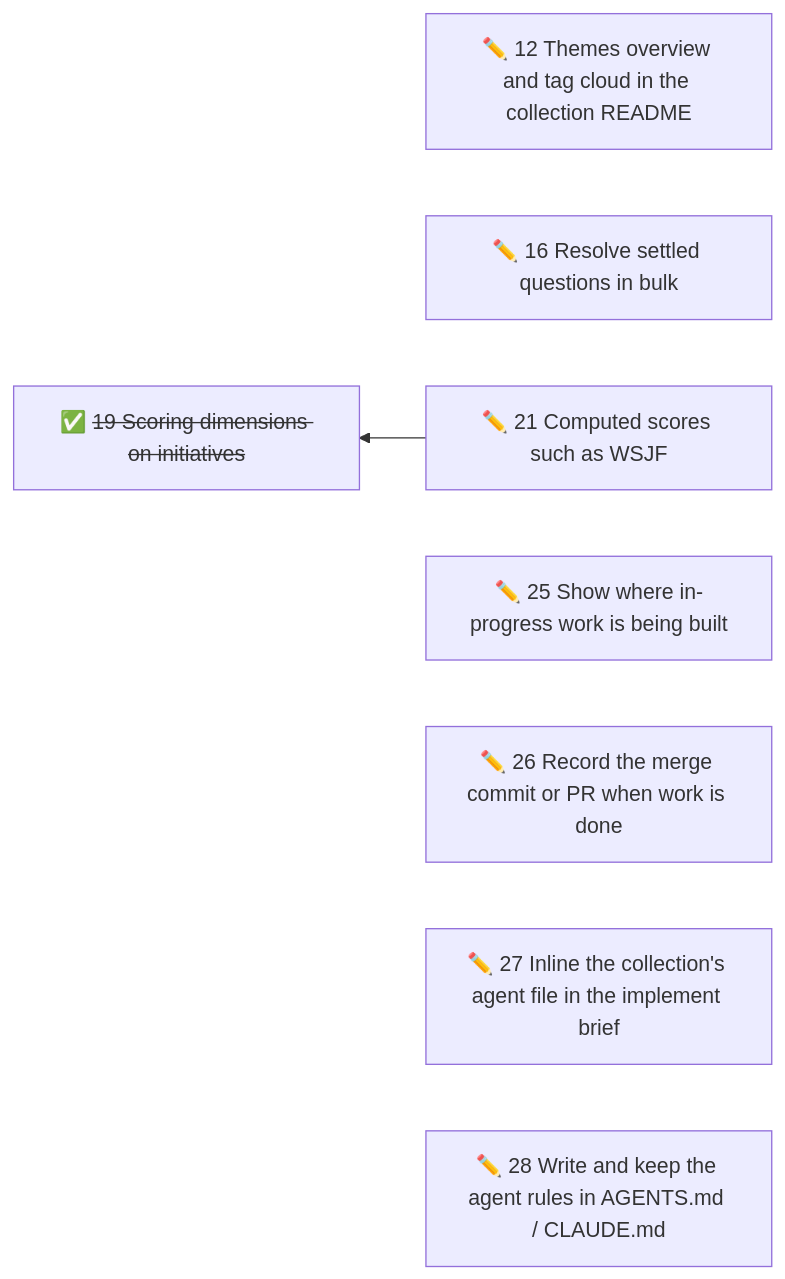
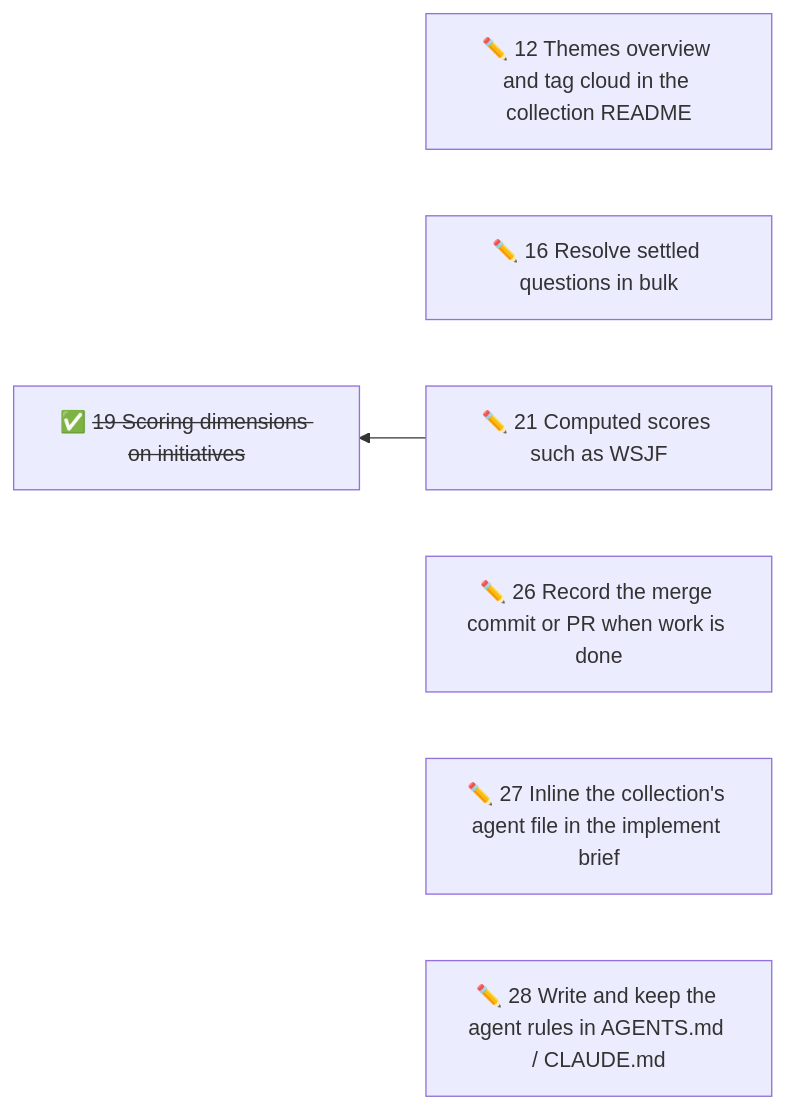
The diagram in initiatives/README.md (duckAsteroid/brindley), drawn with Mermaid before and after one commit. The commit also changed other lines of this file and 17 other files, not shown here.

First line of the commit message:
feat: show where in-progress work is being built, and don't start it twice

````diff
--- a/initiatives/README.md
+++ b/initiatives/README.md
@@ -36,12 +35,11 @@
 ```mermaid
 flowchart RL
   n12["✏️ 12 Themes overview and tag cloud in the collection README"]
   n16["✏️ 16 Resolve settled questions in bulk"]
   n21["✏️ 21 Computed scores such as WSJF"]
-  n25["✏️ 25 Show where in-progress work is being built"]
   n26["✏️ 26 Record the merge commit or PR when work is done"]
   n27["✏️ 27 Inline the collection's agent file in the implement brief"]
   n28["✏️ 28 Write and keep the agent rules in AGENTS.md / CLAUDE.md"]
   n19["✅ <s>19 Scoring dimensions on initiatives</s>"]
   n21 --> n19
 ```
````
